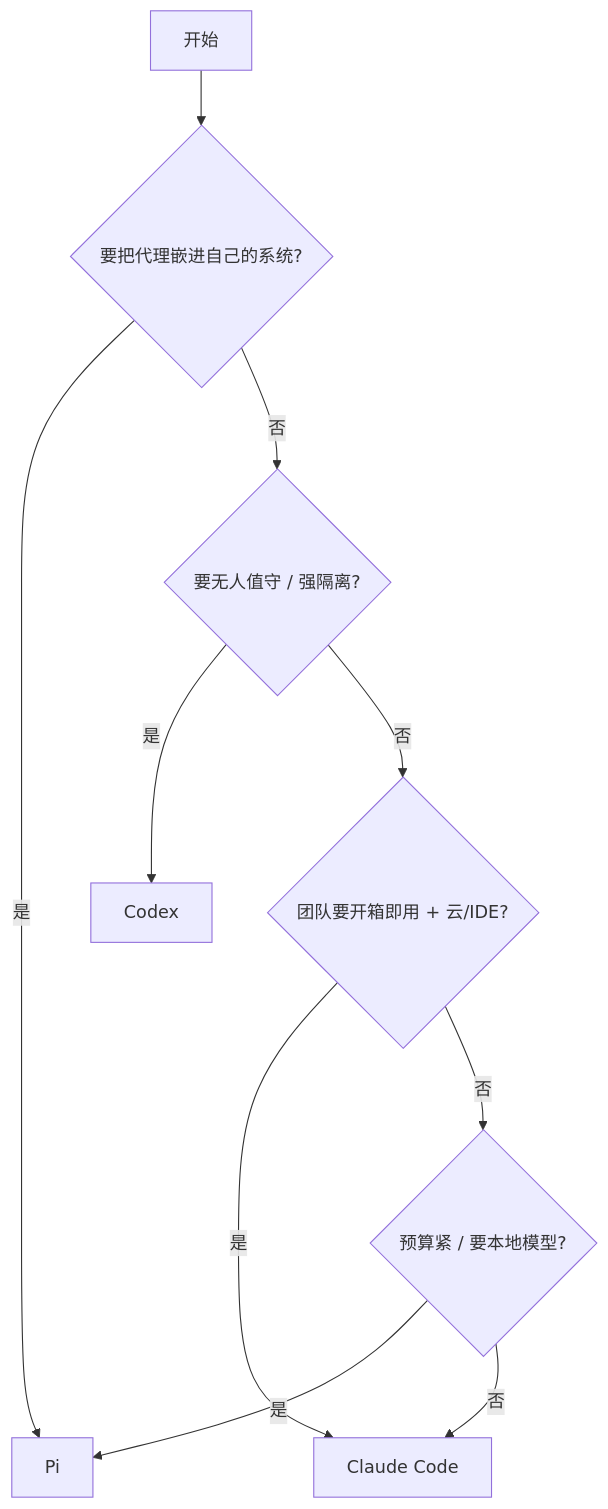
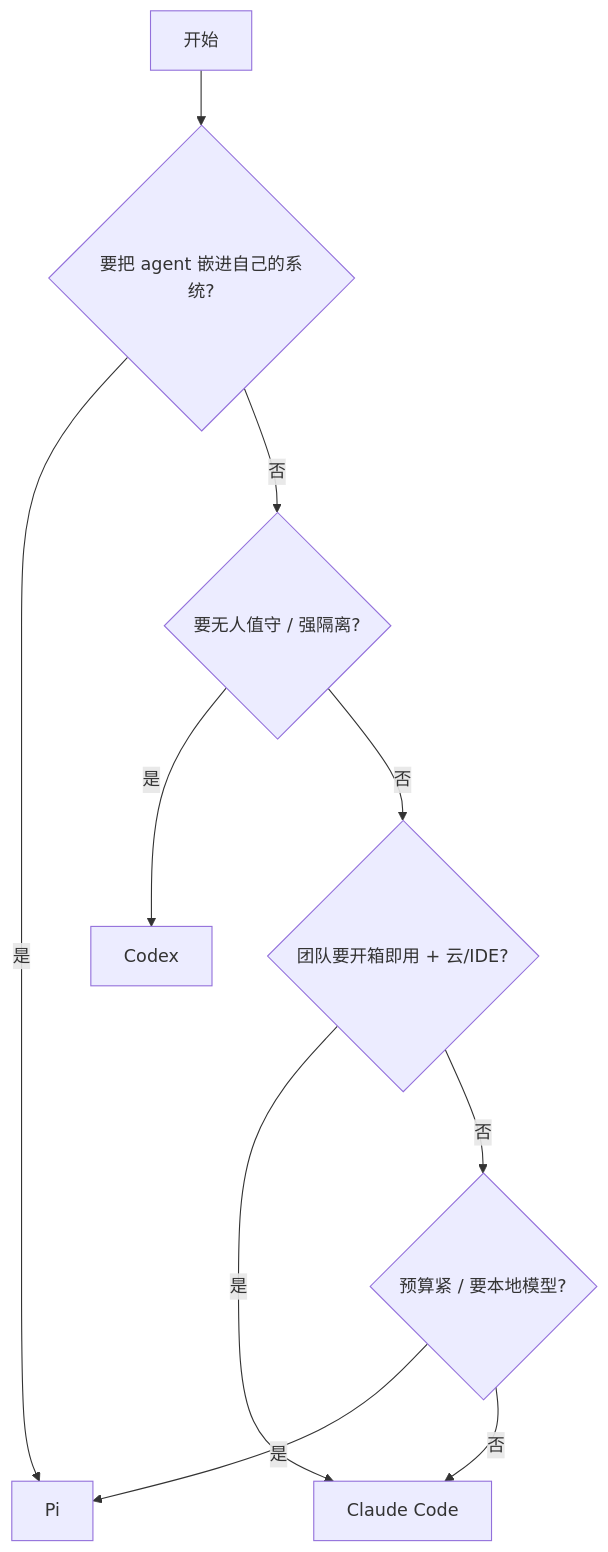
Before and after one commit to fxjs/ai-coding-agents-book: the diagram in book/17-migration.md, drawn with Mermaid. The commit also changed other lines of this file and 29 other files, not shown here.

````diff
--- a/book/17-migration.md
+++ b/book/17-migration.md
@@ -25,12 +25,12 @@
 ```mermaid
 flowchart TD
-  A[开始] --> B{要把代理嵌进自己的系统?}
+  A[开始] --> B{要把 agent 嵌进自己的系统?}
   B -->|是| P[Pi]
   B -->|否| C{要无人值守 / 强隔离?}
   C -->|是| X[Codex]
   C -->|否| D{团队要开箱即用 + 云/IDE?}
   D -->|是| CL[Claude Code]
   D -->|否| E{预算紧 / 要本地模型?}
   E -->|是| P
   E -->|否| CL
 ```
````
